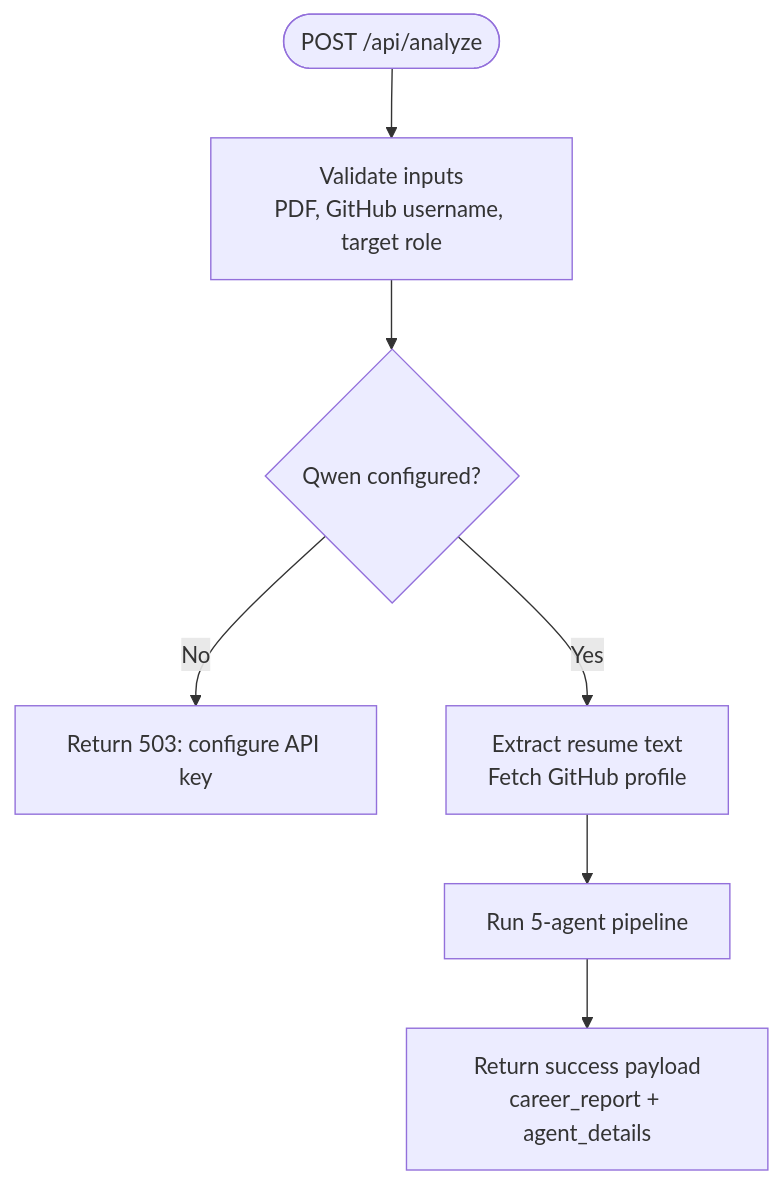
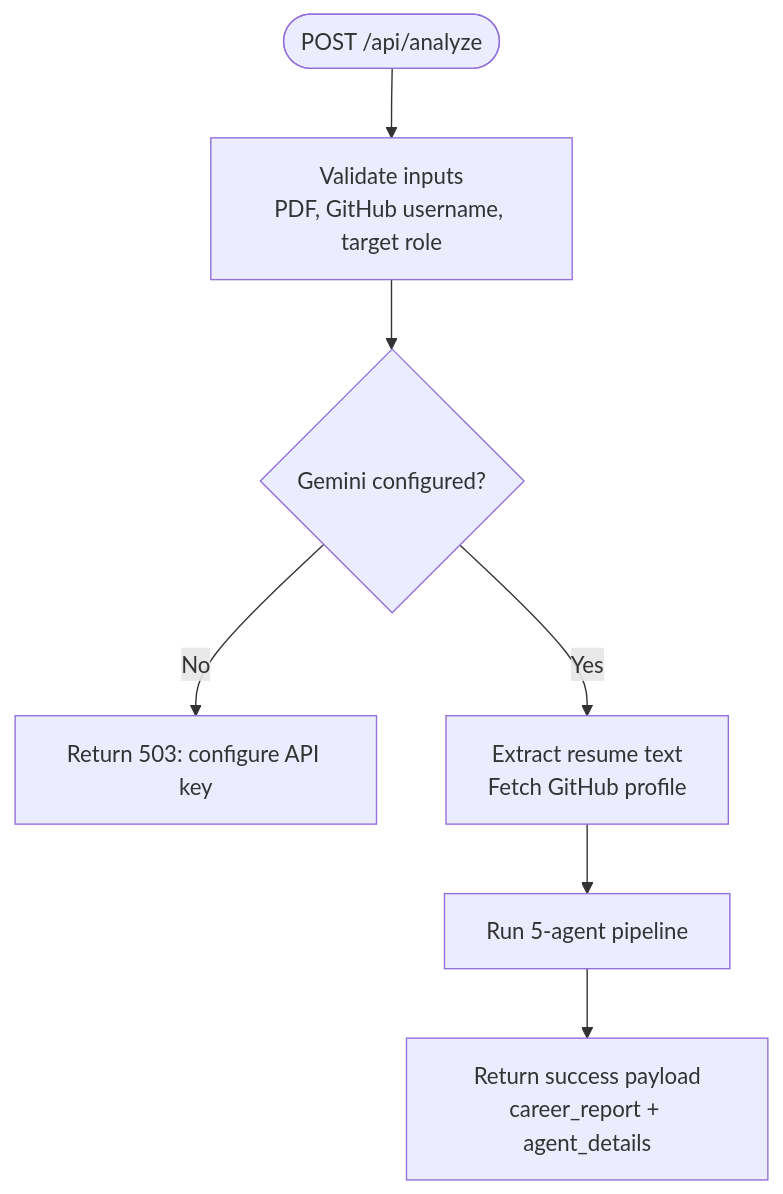
Before and after one commit to waqarimran342/CareerOS-AI: the fourth of 7 diagrams in .qoder/repowiki/en/content/Project Overview.md, drawn with Mermaid. The commit also changed other lines of this file and 32 other files, not shown here.

````diff
--- a/.qoder/repowiki/en/content/Project Overview.md
+++ b/.qoder/repowiki/en/content/Project Overview.md
@@ -179,9 +220,9 @@
 ```mermaid
 flowchart TD
 Start(["POST /api/analyze"]) --> Validate["Validate inputs<br/>PDF, GitHub username, target role"]
-Validate --> CheckEnv{"Qwen configured?"}
+Validate --> CheckEnv{"Gemini configured?"}
 CheckEnv --> |No| Error503["Return 503: configure API key"]
 CheckEnv --> |Yes| Gather["Extract resume text<br/>Fetch GitHub profile"]
 Gather --> RunAgents["Run 5-agent pipeline"]
 RunAgents --> Return["Return success payload<br/>career_report + agent_details"]
 ```
````
